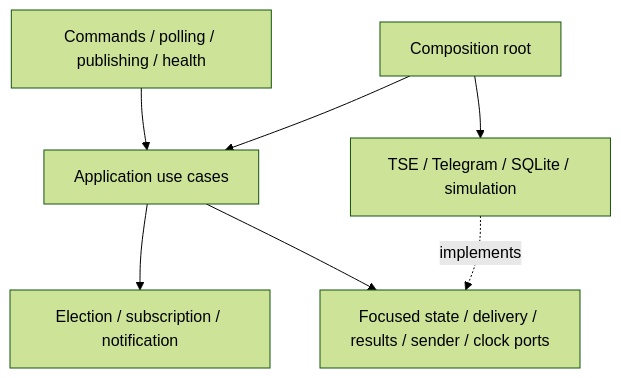
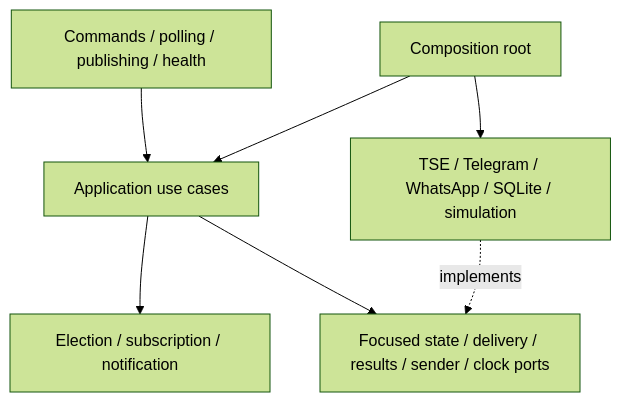
Before and after one commit to Diaszano/election-bot: the first of 7 diagrams in docs/architecture.md, drawn with Mermaid (forest theme). The commit also changed other lines of this file and 8 other files, not shown here.

Commit message:
docs: record WhatsApp operation and final validation limits

````diff
--- a/docs/architecture.md
+++ b/docs/architecture.md
@@ -7,9 +7,9 @@
 ```mermaid
 flowchart TB
   Inbound[Commands / polling / publishing / health] --> Application[Application use cases]
   Application --> Domain[Election / subscription / notification]
   Application --> Ports[Focused state / delivery / results / sender / clock ports]
-  Outbound[TSE / Telegram / SQLite / simulation] -. implements .-> Ports
+  Outbound[TSE / Telegram / WhatsApp / SQLite / simulation] -. implements .-> Ports
   Root[Composition root] --> Application
   Root --> Outbound
 ```
````
